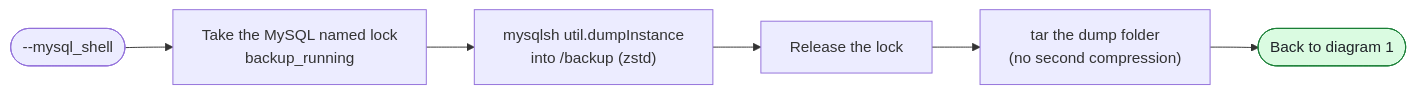
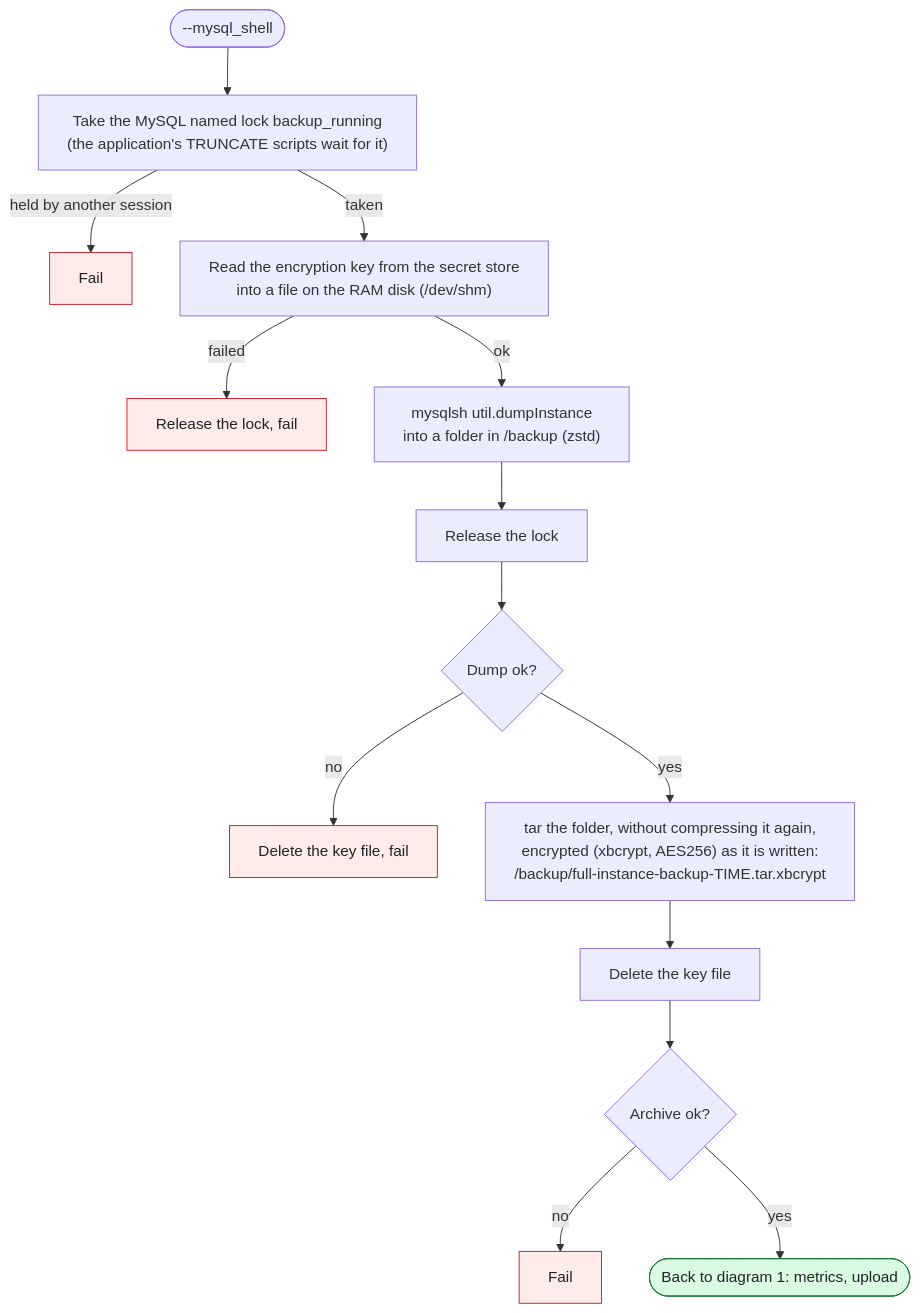
Before and after one commit to xXSAPXx/dba-ops-scripts: the third of 4 diagrams in mysql_prod_backup_scripts/mysql_backup_workflow.md, drawn with Mermaid. The commit also changed other lines of this file and 1 other file, not shown here.

Commit message:
MySQL backup AWS script: encrypt the MySQL Shell archive with xbcrypt
- tar | xbcrypt writes full-instance-backup-TIME.tar.xbcrypt, so an unencrypted
  archive never reaches the disk. --mysql_shell_local encrypts it the same way.
- xbcrypt and the key are checked before the dump, so a missing tool or key fails
  at once instead of hours later.
- The named lock is released before the archive step. The trap stays until the
  key is removed.
- The dump folder itself stays unencrypted in /backup for a day or two, as a
  listed decision in the setup checklist.
- Checklist, header notes, --help and the workflow doc updated, with a new
  MySQL Shell diagram.

````diff
--- a/mysql_prod_backup_scripts/mysql_backup_workflow.md
+++ b/mysql_prod_backup_scripts/mysql_backup_workflow.md
@@ -71,11 +69,20 @@
 ```mermaid
 %%{init: {"flowchart": {"wrappingWidth": 400}}}%%
-flowchart LR
-    START(["--mysql_shell"]) --> LOCK["Take the MySQL named lock<br/>backup_running"]
-    LOCK --> DUMP["mysqlsh util.dumpInstance<br/>into /backup (zstd)"]
+flowchart TD
+    START(["--mysql_shell"]) --> LOCK["Take the MySQL named lock backup_running<br/>(the application's TRUNCATE scripts wait for it)"]
+    LOCK -->|"held by another session"| LFAIL["Fail"]:::fail
+    LOCK -->|"taken"| KEY["Read the encryption key from the secret store<br/>into a file on the RAM disk (/dev/shm)"]
+    KEY -->|"failed"| KFAIL["Release the lock, fail"]:::fail
+    KEY -->|"ok"| DUMP["mysqlsh util.dumpInstance<br/>into a folder in /backup (zstd)"]
     DUMP --> UNLOCK["Release the lock"]
-    UNLOCK --> TAR["tar the dump folder<br/>(no second compression)"]
-    TAR --> DONE(["Back to diagram 1"]):::ok
+    UNLOCK --> DUMPOK{"Dump ok?"}
+    DUMPOK -->|"no"| DFAIL["Delete the key file, fail"]:::fail
+    DUMPOK -->|"yes"| TAR["tar the folder, without compressing it again,<br/>encrypted (xbcrypt, AES256) as it is written:<br/>/backup/full-instance-backup-TIME.tar.xbcrypt"]
+    TAR --> RMKEY["Delete the key file"]
+    RMKEY --> TAROK{"Archive ok?"}
+    TAROK -->|"no"| AFAIL["Fail"]:::fail
+    TAROK -->|"yes"| DONE(["Back to diagram 1: metrics, upload"]):::ok
 
+    classDef fail fill:#ffebe9,stroke:#cf222e,color:#1f2328
     classDef ok fill:#dafbe1,stroke:#1a7f37,color:#1f2328
 ```
````
